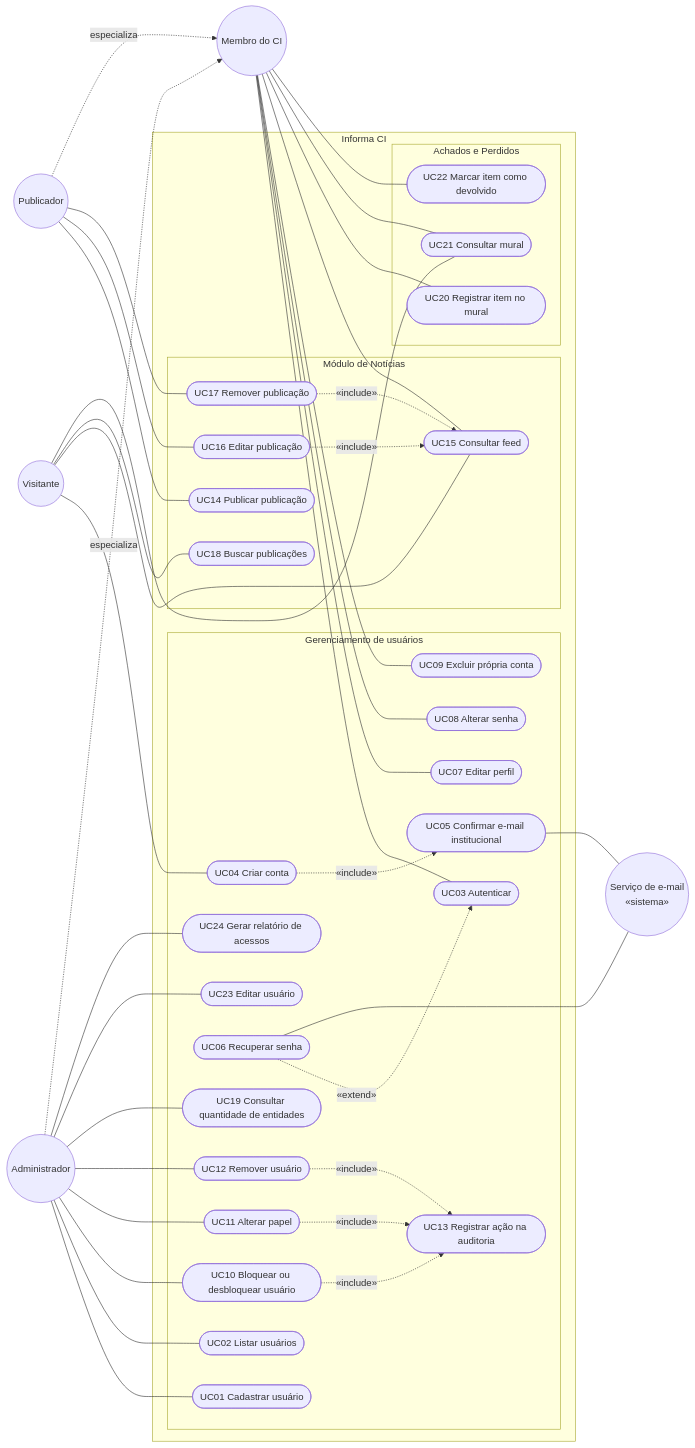
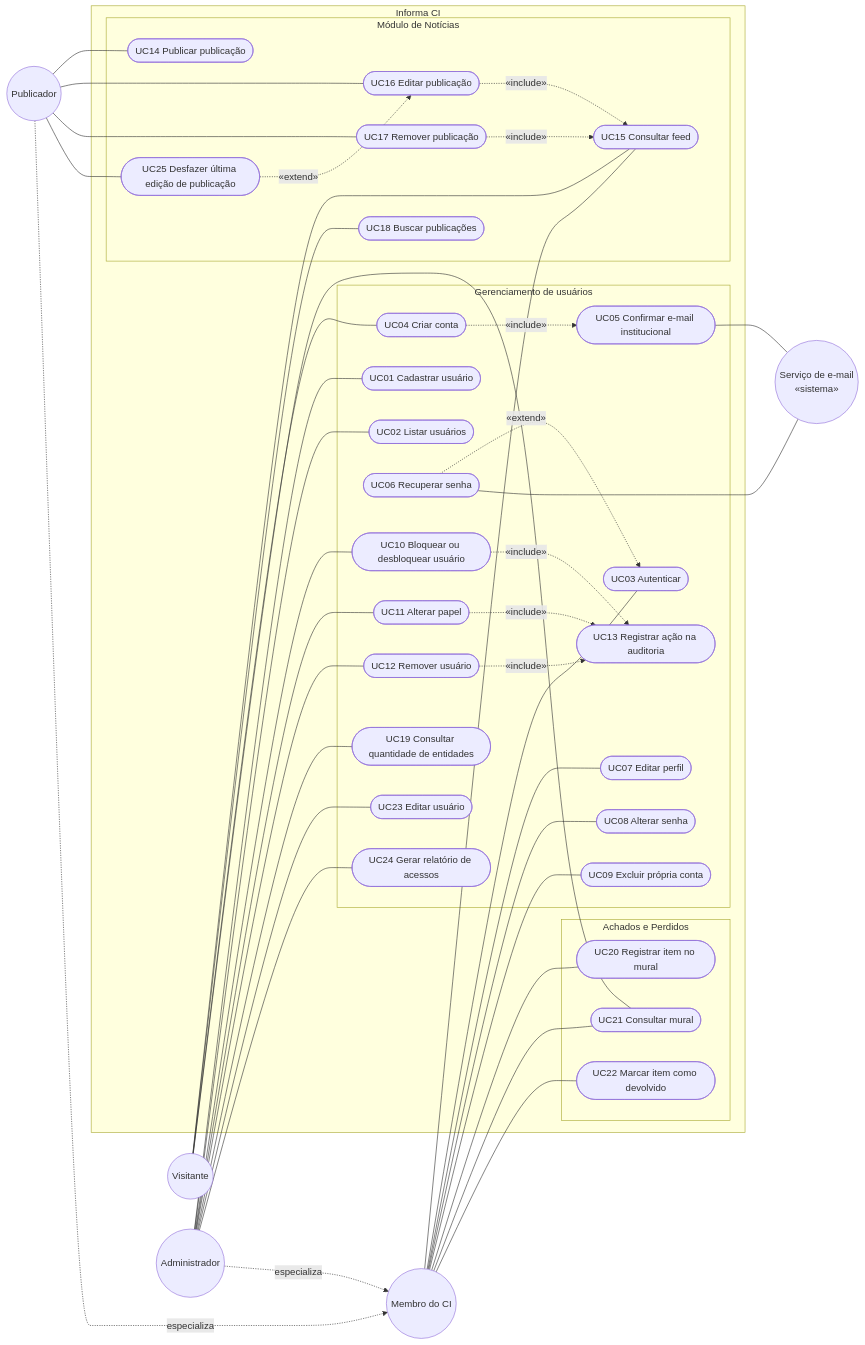
One commit to rodrigomfortes/informa-ci-mps changed the diagram in docs/04-casos-de-uso/README.md. Above: the diagram before and after it, drawn with Mermaid. The commit also changed other lines of this file and 10 other files, not shown here.

````diff
--- a/docs/04-casos-de-uso/README.md
+++ b/docs/04-casos-de-uso/README.md
@@ -12,77 +12,80 @@
 ```mermaid
 flowchart LR
     Visitante(("Visitante"))
     Membro(("Membro do CI"))
     Publicador(("Publicador"))
     Administrador(("Administrador"))
     Email(("Serviço de e-mail<br/>«sistema»"))
 
     subgraph InformaCI["Informa CI"]
         subgraph Usuarios["Gerenciamento de usuários"]
             UC01(["UC01 Cadastrar usuário"])
             UC02(["UC02 Listar usuários"])
             UC03(["UC03 Autenticar"])
             UC04(["UC04 Criar conta"])
             UC05(["UC05 Confirmar e-mail institucional"])
             UC06(["UC06 Recuperar senha"])
             UC07(["UC07 Editar perfil"])
             UC08(["UC08 Alterar senha"])
             UC09(["UC09 Excluir própria conta"])
             UC10(["UC10 Bloquear ou desbloquear usuário"])
             UC11(["UC11 Alterar papel"])
             UC12(["UC12 Remover usuário"])
             UC13(["UC13 Registrar ação na auditoria"])
             UC19(["UC19 Consultar quantidade de entidades"])
             UC23(["UC23 Editar usuário"])
             UC24(["UC24 Gerar relatório de acessos"])
         end
         subgraph Noticias["Módulo de Notícias"]
             UC14(["UC14 Publicar publicação"])
             UC15(["UC15 Consultar feed"])
             UC16(["UC16 Editar publicação"])
             UC17(["UC17 Remover publicação"])
+            UC25(["UC25 Desfazer última edição de publicação"])
             UC18(["UC18 Buscar publicações"])
         end
         subgraph Achados["Achados e Perdidos"]
             UC20(["UC20 Registrar item no mural"])
             UC21(["UC21 Consultar mural"])
             UC22(["UC22 Marcar item como devolvido"])
         end
     end
 
     Visitante --- UC04
     Visitante --- UC15
     Visitante --- UC18
     Visitante --- UC21
     Membro --- UC03
     Membro --- UC07
     Membro --- UC08
     Membro --- UC09
     Membro --- UC15
     Membro --- UC20
     Membro --- UC21
     Membro --- UC22
     Publicador --- UC14
     Publicador --- UC16
     Publicador --- UC17
+    Publicador --- UC25
     Administrador --- UC01
     Administrador --- UC02
     Administrador --- UC10
     Administrador --- UC11
     Administrador --- UC12
     Administrador --- UC19
     Administrador --- UC23
     Administrador --- UC24
     Publicador -. "especializa" .-> Membro
     Administrador -. "especializa" .-> Membro
 
     UC04 -. "«include»" .-> UC05
     UC06 -. "«extend»" .-> UC03
     UC10 -. "«include»" .-> UC13
     UC11 -. "«include»" .-> UC13
     UC12 -. "«include»" .-> UC13
     UC16 -. "«include»" .-> UC15
     UC17 -. "«include»" .-> UC15
+    UC25 -. "«extend»" .-> UC16
     UC05 --- Email
     UC06 --- Email
 ```
````
